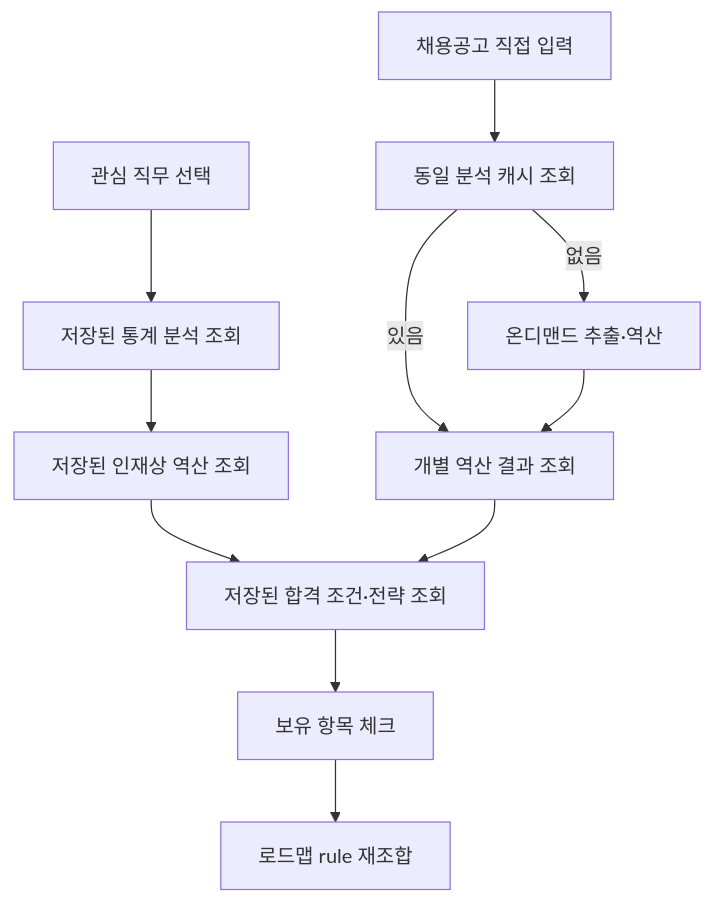
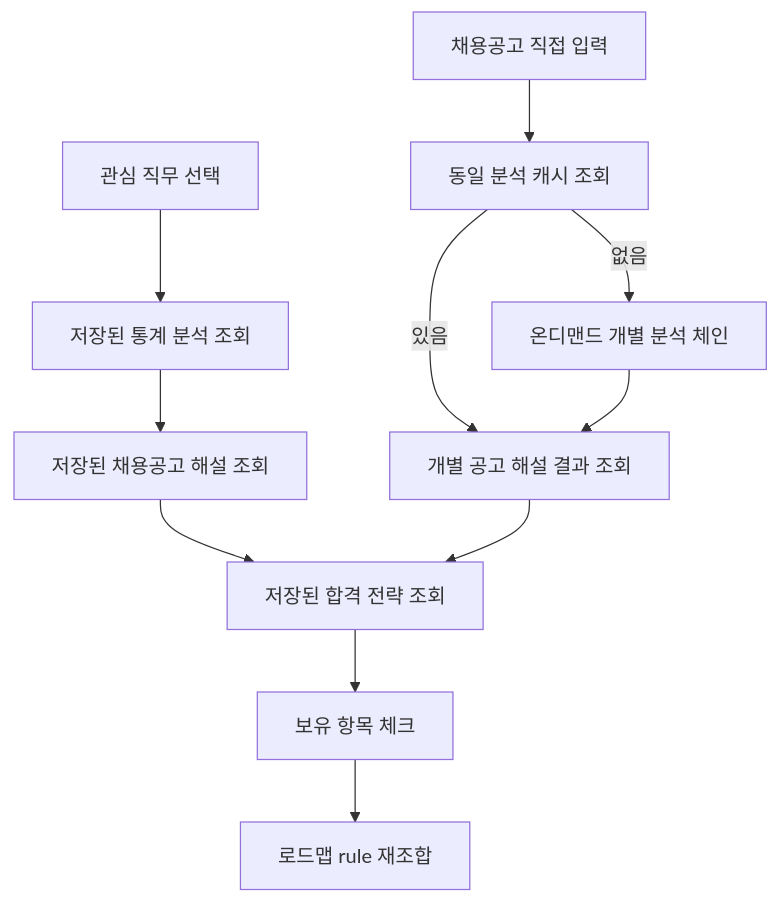
One commit to Mureung1/hub-showcase changed the diagram in docs/plan.md. Above: the diagram before and after it, drawn with Mermaid. The commit also changed other lines of this file and 9 other files, not shown here.

Commit message:
docs: rename analysis stages and refresh architecture

````diff
--- a/docs/plan.md
+++ b/docs/plan.md
@@ -172,13 +177,13 @@
 ```mermaid
 flowchart TD
     A["관심 직무 선택"] --> B["저장된 통계 분석 조회"]
-    B --> C["저장된 인재상 역산 조회"]
-    C --> D["저장된 합격 조건·전략 조회"]
+    B --> C["저장된 채용공고 해설 조회"]
+    C --> D["저장된 합격 전략 조회"]
     D --> E["보유 항목 체크"]
     E --> F["로드맵 rule 재조합"]
     X["채용공고 직접 입력"] --> Y["동일 분석 캐시 조회"]
-    Y -->|있음| Z["개별 역산 결과 조회"]
-    Y -->|없음| O["온디맨드 추출·역산"]
+    Y -->|있음| Z["개별 공고 해설 결과 조회"]
+    Y -->|없음| O["온디맨드 개별 분석 체인"]
     O --> Z
     Z --> D
 ```
````
